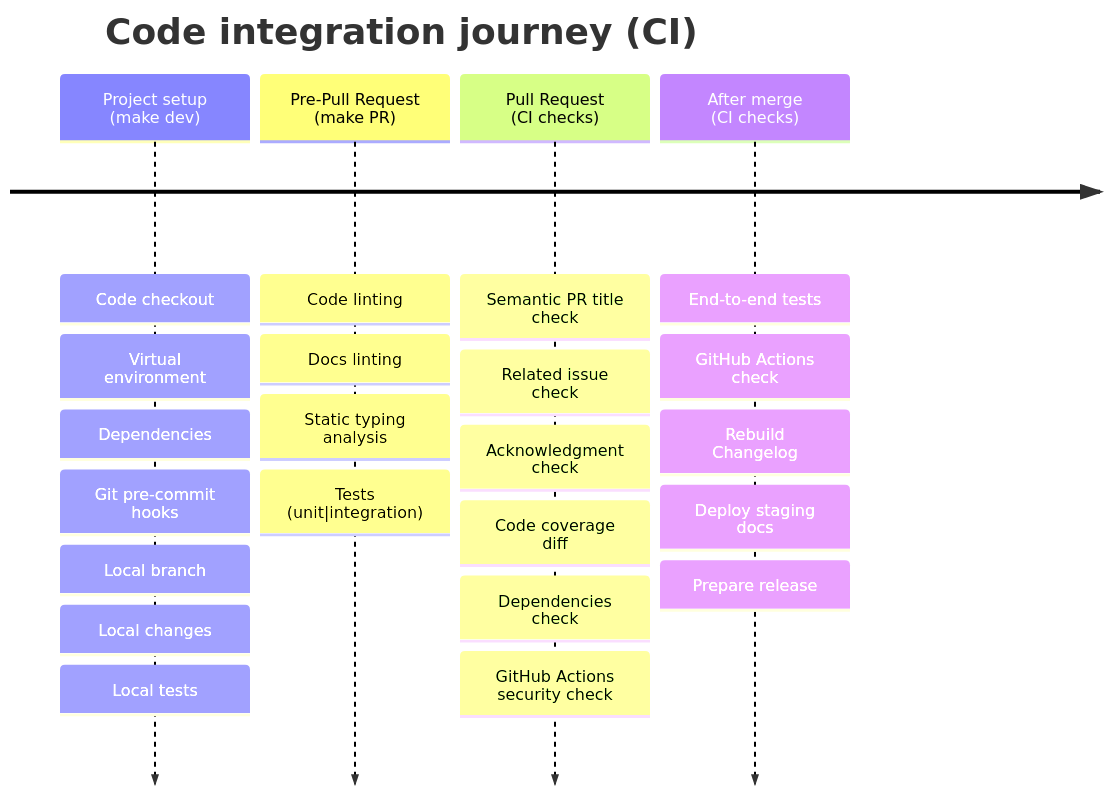
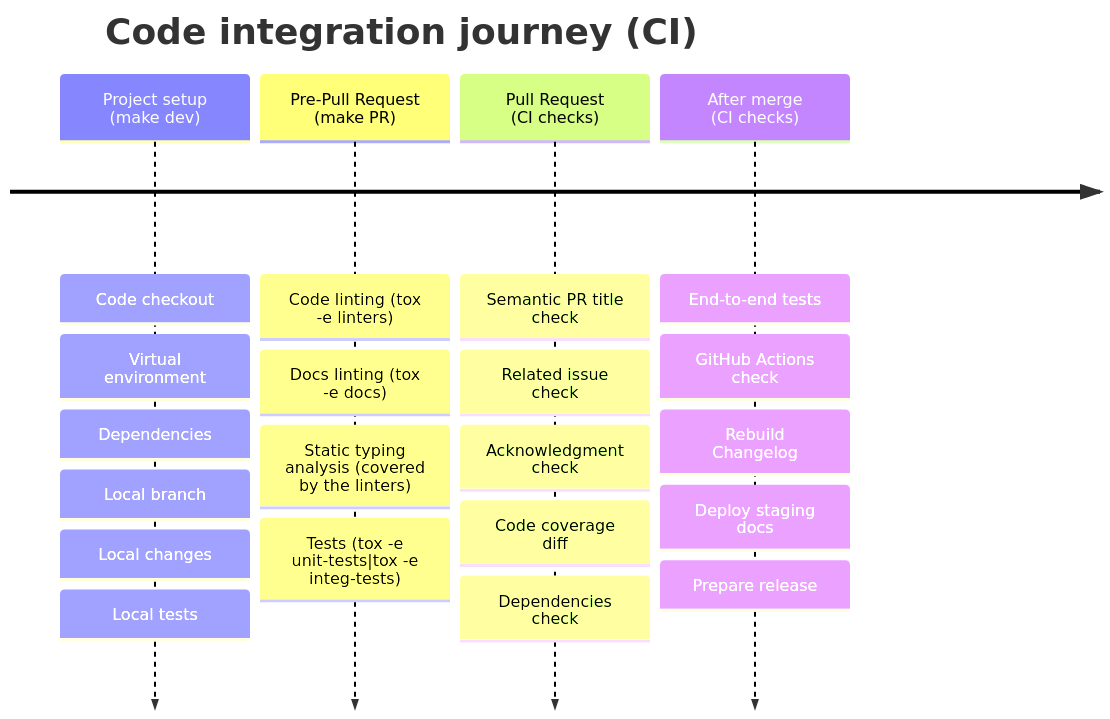
One commit to amazon-braket/amazon-braket-sdk-python changed the diagram in CONTRIBUTING.md. Above: the diagram before and after it, drawn with Mermaid.

````diff
--- a/CONTRIBUTING.md
+++ b/CONTRIBUTING.md
@@ -135,29 +135,27 @@
 ```mermaid
 timeline
     title Code integration journey (CI)
     Project setup <br> (make dev)   : Code checkout
                                     : Virtual environment
                                     : Dependencies
-                                    : Git pre-commit hooks
                                     : Local branch
                                     : Local changes
                                     : Local tests
 
-    Pre-Pull Request <br> (make PR)     : Code linting
-                                        : Docs linting
-                                        : Static typing analysis
-                                        : Tests (unit|integration)
+    Pre-Pull Request <br> (make PR)     : Code linting (tox -e linters)
+                                        : Docs linting (tox -e docs)
+                                        : Static typing analysis (covered by the linters)
+                                        : Tests (tox -e unit-tests|tox -e integ-tests)
 
     Pull Request <br> (CI checks)   : Semantic PR title check
                                     : Related issue check
                                     : Acknowledgment check
                                     : Code coverage diff
                                     : Dependencies check
-                                    : GitHub Actions security check
 
     After merge <br> (CI checks)    : End-to-end tests
                                     : GitHub Actions check
                                     : Rebuild Changelog
                                     : Deploy staging docs
                                     : Prepare release
 ```
````
